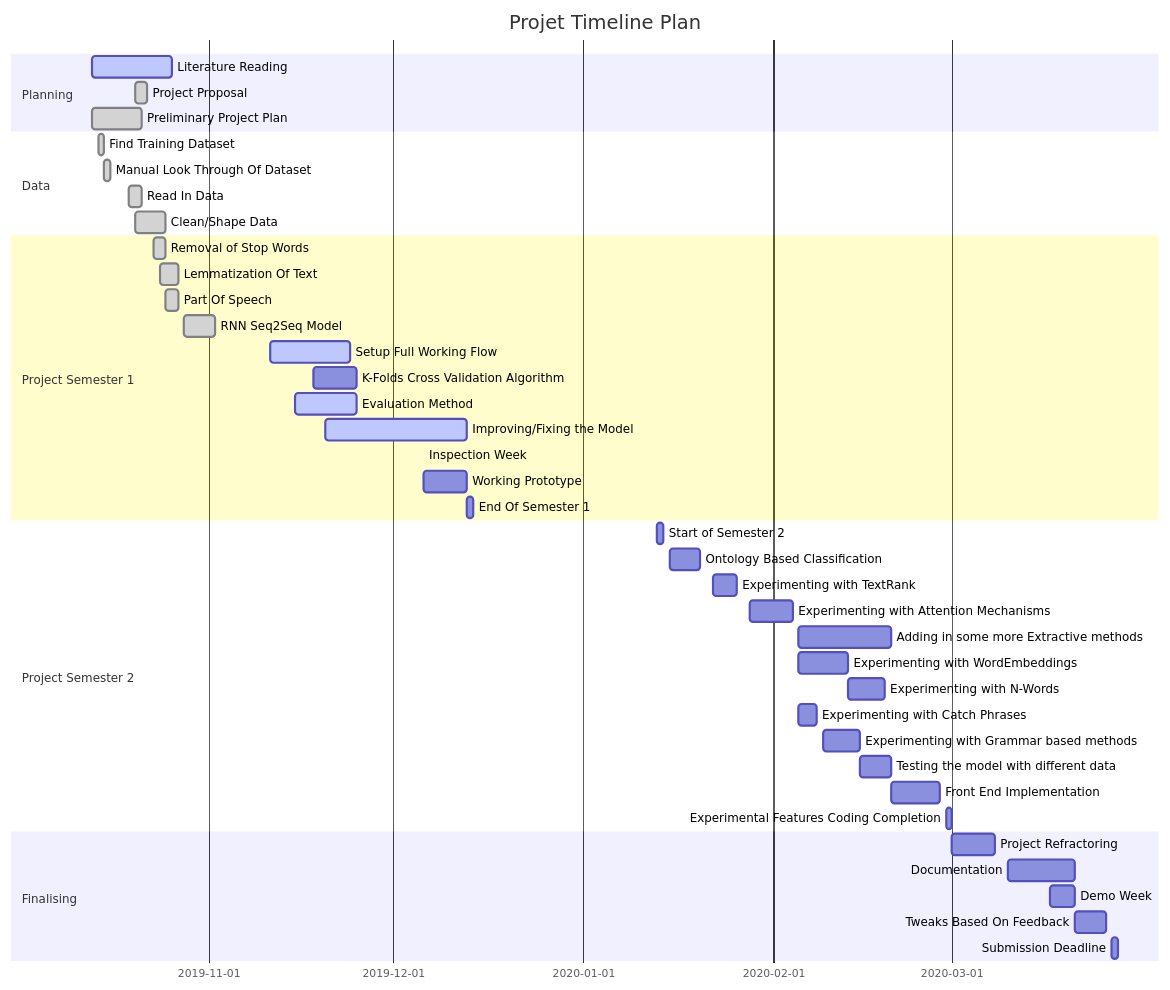
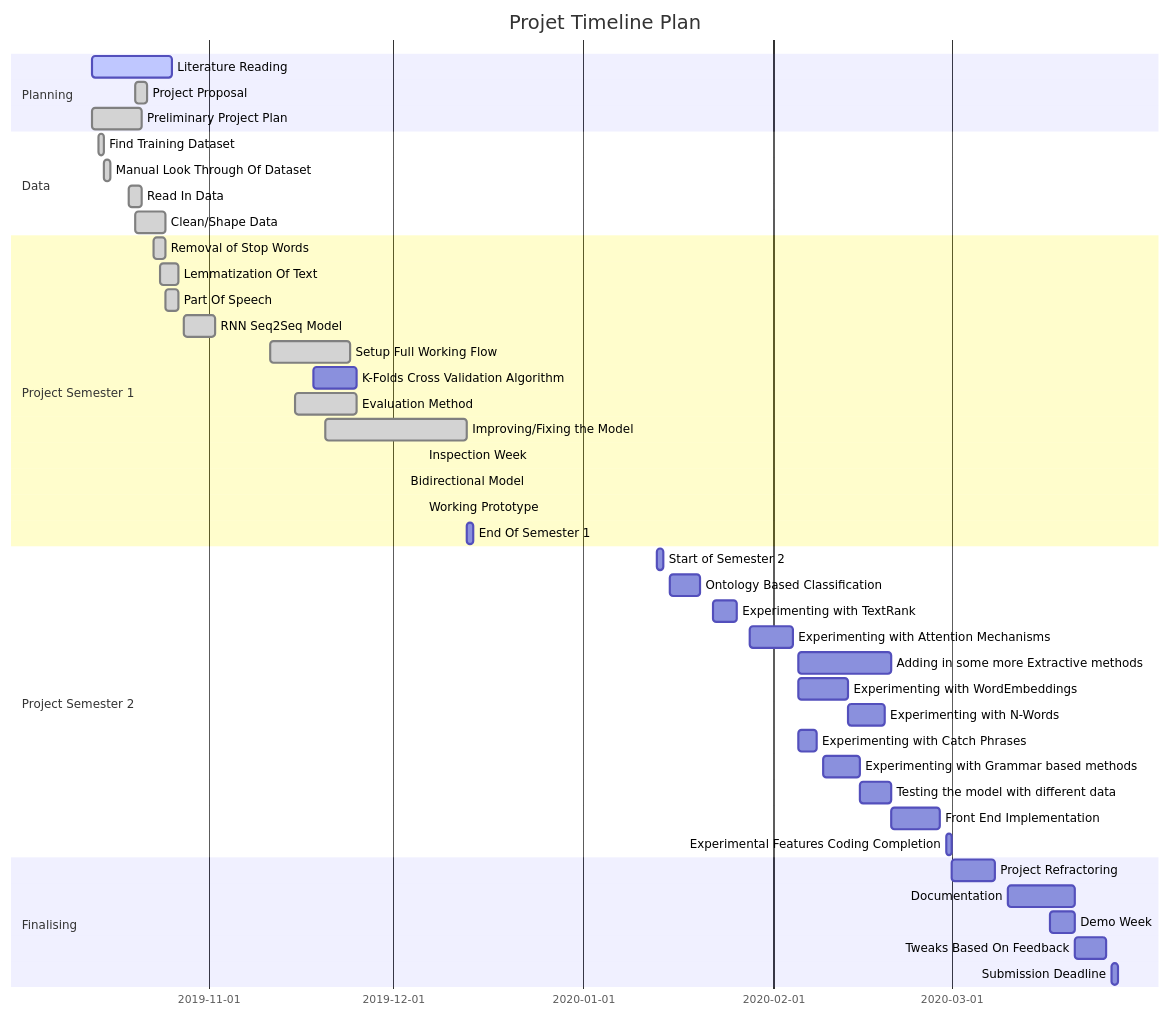
Before and after one commit to bmistry12/text-summarisation: the first of 2 diagrams in README.md, drawn with Mermaid. The commit also changed other lines of this file, not shown here.

````diff
--- a/README.md
+++ b/README.md
@@ -34,51 +34,52 @@
 ```mermaid
 gantt
 dateFormat  YYYY-MM-DD
 title Projet Timeline Plan
 
 
 section Planning
 Literature Reading                      :active,  des1, 2019-10-13, 2019-10-26
 Project Proposal                        :done,    des1, 2019-10-20, 2019-10-22
 Preliminary Project Plan                :done,    des1, 2019-10-13, 2019-10-21
 
 section Data                  
 Find Training Dataset                   :done,    des1, 2019-10-14, 2019-10-15
 Manual Look Through Of Dataset          :done,    des1, 2019-10-15, 2019-10-16
 Read In Data                            :done,    des1, 2019-10-19, 2019-10-21
 Clean/Shape Data                        :done,   des1, 2019-10-20, 2019-10-25
 
 section Project Semester 1
 Removal of Stop Words                   :done,    des1, 2019-10-23, 2019-10-25
 Lemmatization Of Text                   :done,    des1, 2019-10-24, 2019-10-27
 Part Of Speech                          :done,    des1, 2019-10-25, 2019-10-27
 RNN Seq2Seq Model                       :done,    des1, 2019-10-28, 2019-11-02
-Setup Full Working Flow                 :active,  des1, 2019-11-11, 2019-11-24
+Setup Full Working Flow                 :done,    des1, 2019-11-11, 2019-11-24
 K-Folds Cross Validation Algorithm      :         des1, 2019-11-18, 2019-11-25
-Evaluation Method                       :active,  des1, 2019-11-15, 2019-11-25
-Improving/Fixing the Model              :active,  des1, 2019-11-20, 2019-12-13
-Inspection Week                         :         des1, 2019-12-13, 2019-12-06
-Working Prototype                       :         des1, 2019-12-06, 2019-12-13
+Evaluation Method                       :done,    des1, 2019-11-15, 2019-11-25
+Improving/Fixing the Model              :done,    des1, 2019-11-20, 2019-12-13
+Inspection Week                         :done,    des1, 2019-12-13, 2019-12-06
+Bidirectional Model                     :done,    des1, 2019-12-08, 2019-12-03
+Working Prototype                       :done,    des1, 2019-12-13, 2019-12-06
 End Of Semester 1                       :         des1, 2019-12-13, 1d
 
 section Project Semester 2
 Start of Semester 2                     :         des1, 2020-01-13, 1d
 Ontology Based Classification           :         des1, 2020-01-15, 2020-01-20
 Experimenting with TextRank             :         des1, 2020-01-22, 2020-01-26
 Experimenting with Attention Mechanisms :         des1, 2020-01-28, 2020-02-04
 Adding in some more Extractive methods  :         des1, 2020-02-05, 2020-02-20
 Experimenting with WordEmbeddings       :         des1, 2020-02-05, 2020-02-13
 Experimenting with N-Words              :         des1, 2020-02-13, 2020-02-19
 Experimenting with Catch Phrases        :         des1, 2020-02-05, 2020-02-08
 Experimenting with Grammar based methods:         des1, 2020-02-09, 2020-02-15
 Testing the model with different data   :         des1, 2020-02-15, 2020-02-20 
 Front End Implementation                :         des1, 2020-02-20, 2020-02-28
 Experimental Features Coding Completion :         des1, 2020-02-29, 1d
 
 Section Finalising
 Project Refractoring                    :         des1, 2020-03-01, 2020-03-08
 Documentation                           :         des1, 2020-03-10, 2020-03-21
 Demo Week                               :         des1, 2020-03-17, 2020-03-21
 Tweaks Based On Feedback                :         des1, 2020-03-21, 2020-03-26
 Submission Deadline                     :         des1, 2020-03-27, 1d
 ```
````
